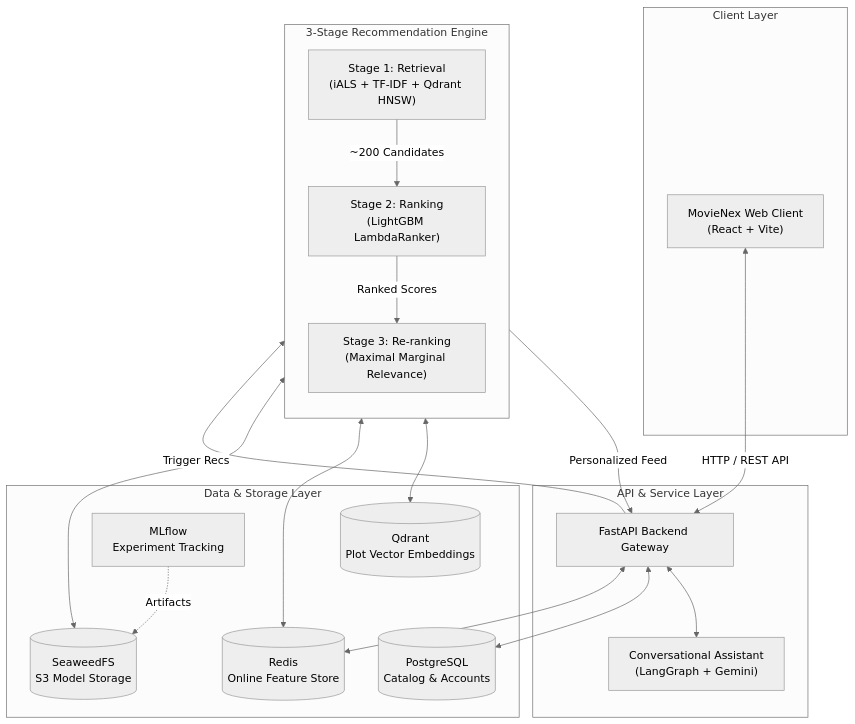
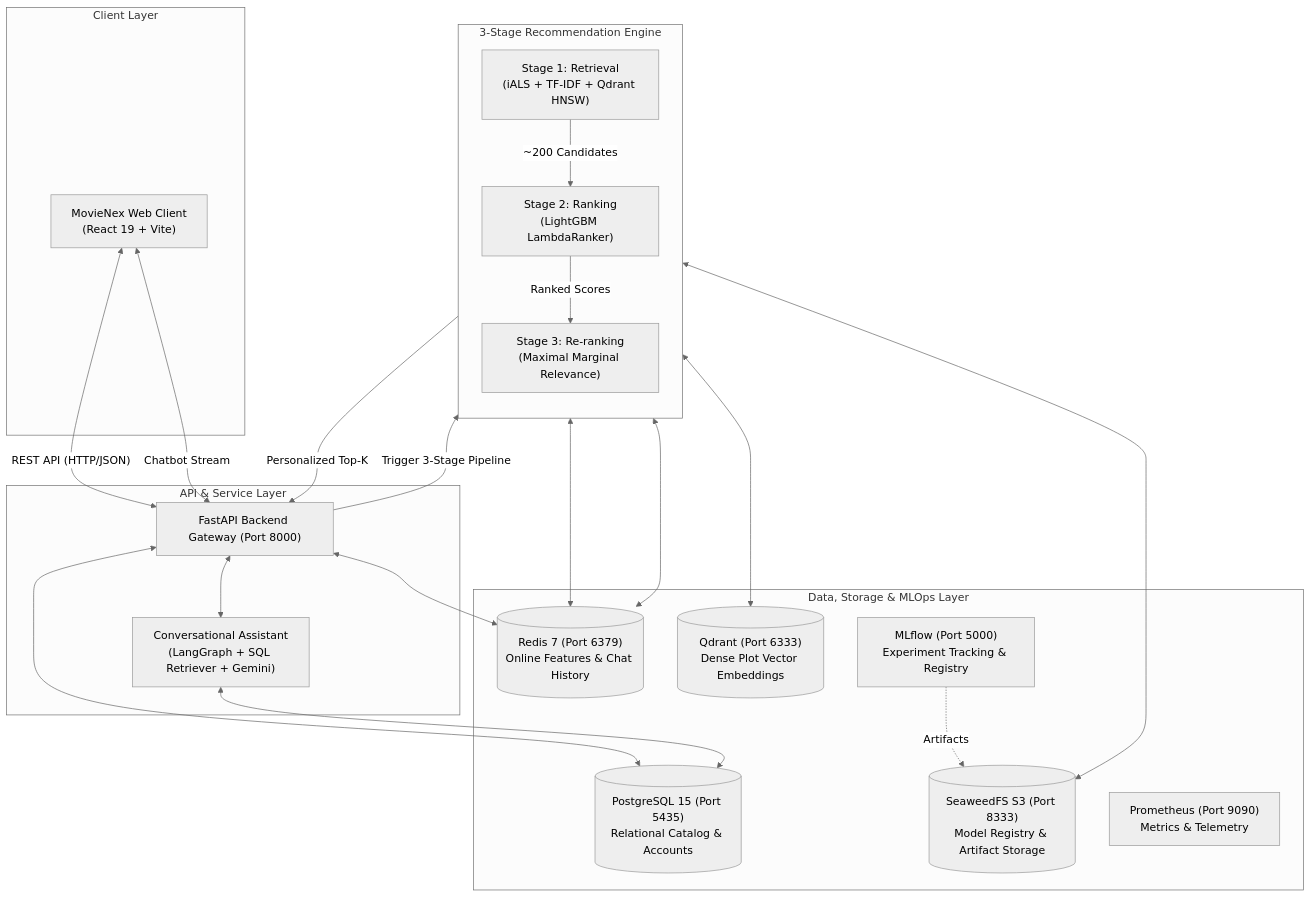
One commit to dducsw/movie-recsys changed the diagram in README.md. Above: the diagram before and after it, drawn with Mermaid (neutral theme). The commit also changed other lines of this file and 15 other files, not shown here.

````diff
--- a/README.md
+++ b/README.md
@@ -46,40 +46,44 @@
 ```mermaid
 flowchart TD
     subgraph ClientLayer ["Client Layer"]
-        UI["MovieNex Web Client<br/>(React + Vite)"]
+        UI["MovieNex Web Client<br/>(React 19 + Vite)"]
     end
 
     subgraph ServiceLayer ["API & Service Layer"]
-        API["FastAPI Backend Gateway"]
-        Agent["Conversational Assistant<br/>(LangGraph + Gemini)"]
+        API["FastAPI Backend Gateway (Port 8000)"]
+        Agent["Conversational Assistant<br/>(LangGraph + SQL Retriever + Gemini)"]
     end
 
     subgraph RecSysEngine ["3-Stage Recommendation Engine"]
         direction TB
         R1["Stage 1: Retrieval<br/>(iALS + TF-IDF + Qdrant HNSW)"]
         R2["Stage 2: Ranking<br/>(LightGBM LambdaRanker)"]
         R3["Stage 3: Re-ranking<br/>(Maximal Marginal Relevance)"]
         R1 -->|~200 Candidates| R2
         R2 -->|Ranked Scores| R3
     end
 
-    subgraph DataStorage ["Data & Storage Layer"]
-        DB[("PostgreSQL<br/>Catalog & Accounts")]
-        Cache[("Redis<br/>Online Feature Store")]
-        VectorDB[("Qdrant<br/>Plot Vector Embeddings")]
-        S3[("SeaweedFS<br/>S3 Model Storage")]
-        MLflow["MLflow<br/>Experiment Tracking"]
+    subgraph DataStorage ["Data, Storage & MLOps Layer"]
+        DB[("PostgreSQL 15 (Port 5435)<br/>Relational Catalog & Accounts")]
+        Cache[("Redis 7 (Port 6379)<br/>Online Features & Chat History")]
+        VectorDB[("Qdrant (Port 6333)<br/>Dense Plot Vector Embeddings")]
+        S3[("SeaweedFS S3 (Port 8333)<br/>Model Registry & Artifact Storage")]
+        MLflow["MLflow (Port 5000)<br/>Experiment Tracking & Registry"]
+        Prometheus["Prometheus (Port 9090)<br/>Metrics & Telemetry"]
     end
 
-    UI <-->|"HTTP / REST API"| API
+    UI <-->|"REST API (HTTP/JSON)"| API
+    UI <-->|"Chatbot Stream"| API
     API <--> Agent
-    API -->|"Trigger Recs"| R1
-    R3 -->|"Personalized Feed"| API
+    API -->|"Trigger 3-Stage Pipeline"| R1
+    R3 -->|"Personalized Top-K"| API
 
     API <--> DB
     API <--> Cache
+    Agent <--> DB
     R1 <--> VectorDB
+    R1 <--> Cache
     R2 <--> Cache
     R2 <--> S3
     MLflow -.->|"Artifacts"| S3
 ```
````
